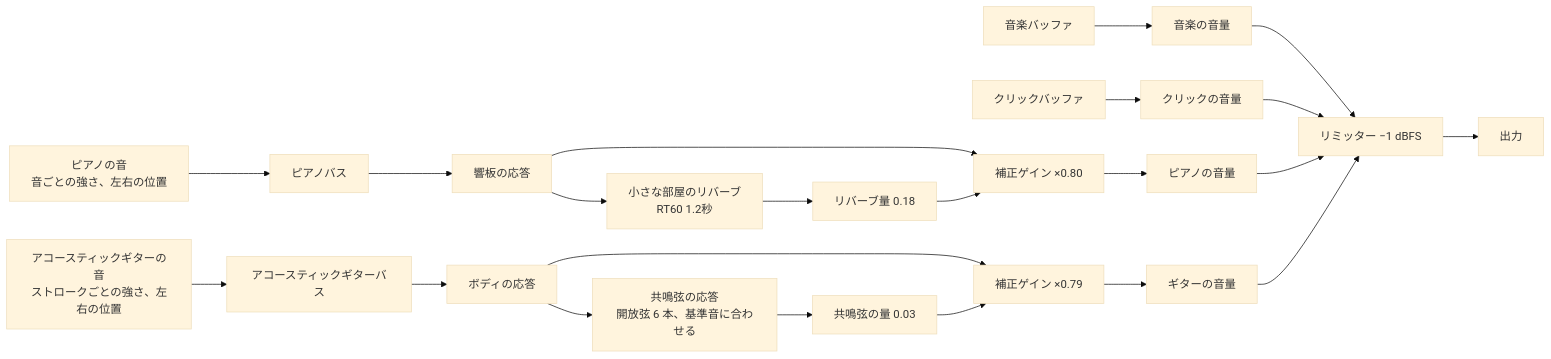
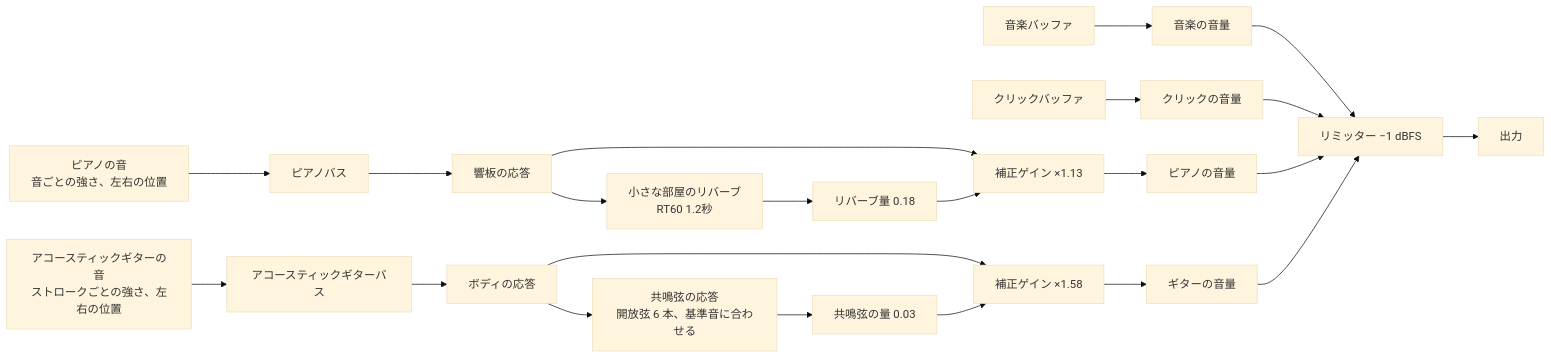
Before and after one commit to Velvitty/Chordity: the third of 3 diagrams in README.ja.md, drawn with Mermaid (base theme). The commit also changed other lines of this file and 9 other files, not shown here.

````diff
--- a/README.ja.md
+++ b/README.ja.md
@@ -1419,18 +1419,18 @@
 ```mermaid
 flowchart LR
   M["音楽バッファ"] --> GM["音楽の音量"]
   C["クリックバッファ"] --> GC["クリックの音量"]
   P["ピアノの音<br/>音ごとの強さ、左右の位置"] --> PB["ピアノバス"] --> SB["響板の応答"]
-  SB --> MP["補正ゲイン ×0.80"]
+  SB --> MP["補正ゲイン ×1.13"]
   SB --> RP["小さな部屋のリバーブ<br/>RT60 1.2秒"] --> WP["リバーブ量 0.18"] --> MP
   G["アコースティックギターの音<br/>ストロークごとの強さ、左右の位置"] --> GB["アコースティックギターバス"] --> BD["ボディの応答"]
-  BD --> MG["補正ゲイン ×0.79"]
+  BD --> MG["補正ゲイン ×1.58"]
   BD --> RG["共鳴弦の応答<br/>開放弦 6 本、基準音に合わせる"] --> WG["共鳴弦の量 0.03"] --> MG
   MP --> GP["ピアノの音量"]
   MG --> GG["ギターの音量"]
   GM --> L["リミッター −1 dBFS"]
   GC --> L
   GP --> L
   GG --> L
   L --> O["出力"]
 ```
````
